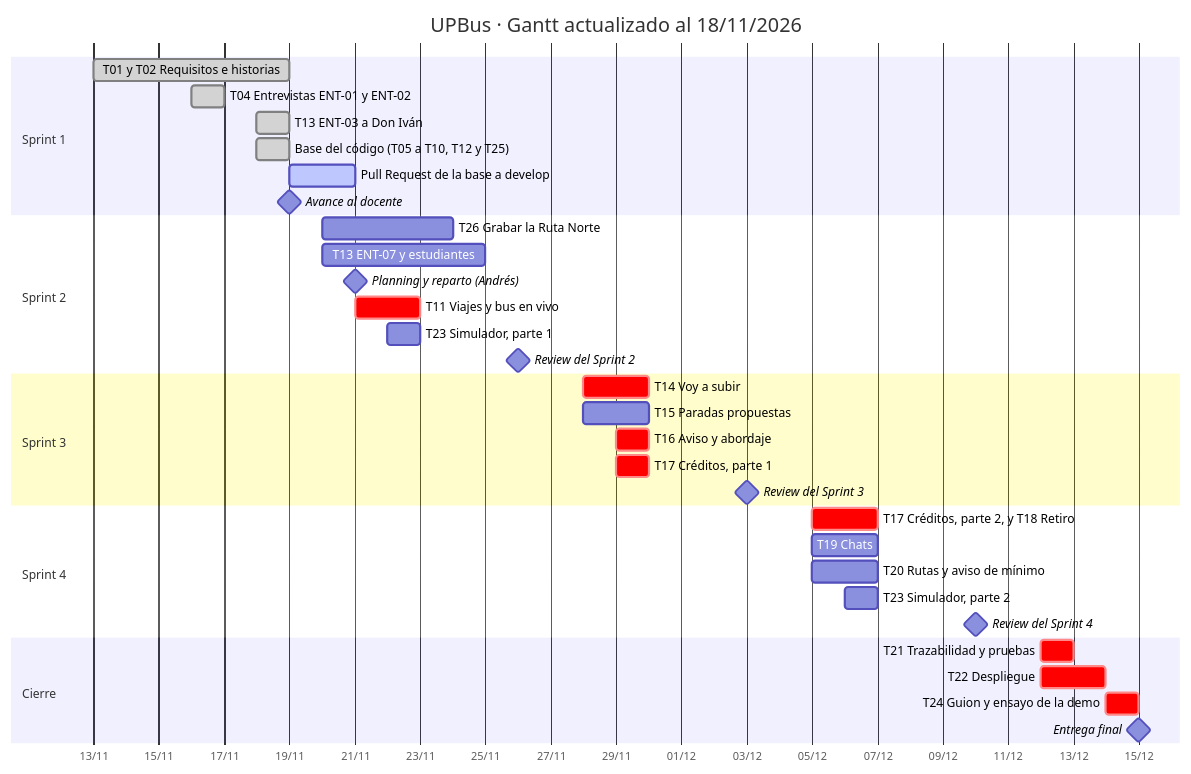
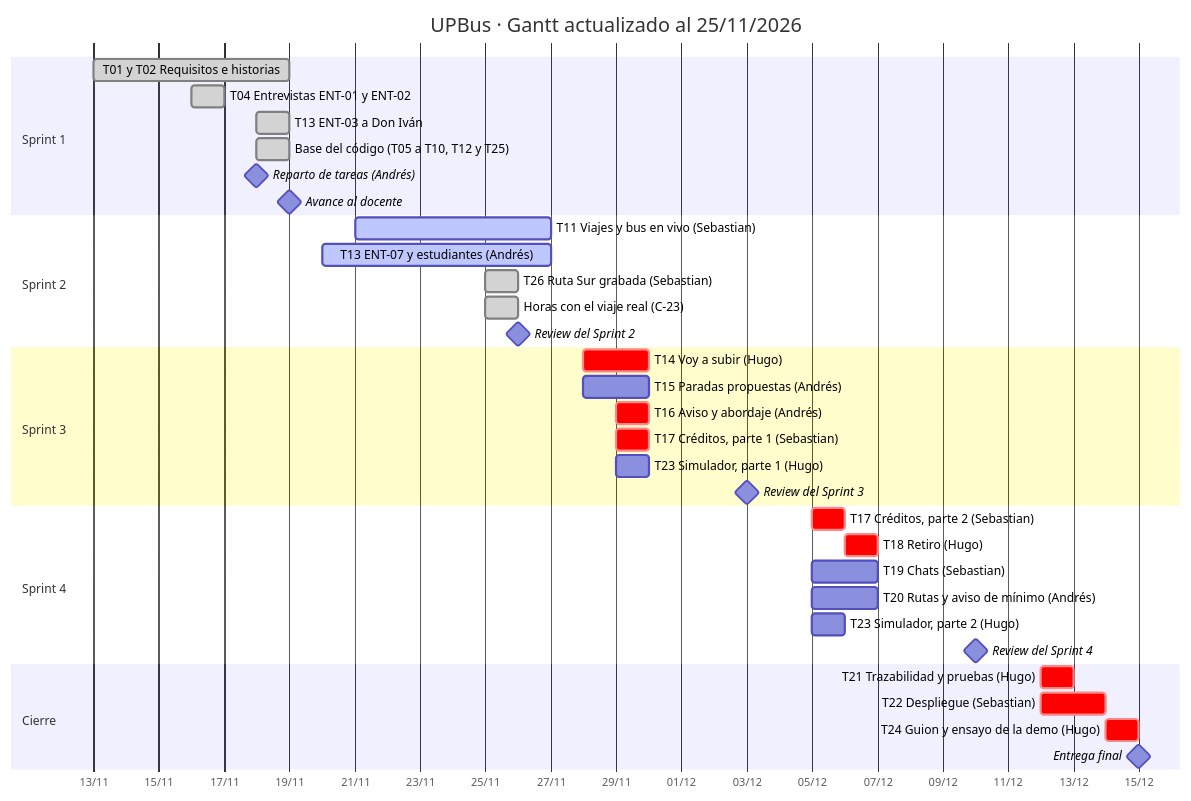
Before and after one commit to hugozuniga770/UPBus: the third of 3 diagrams in docs/sesion-08-09-plan.md, drawn with Mermaid. The commit also changed other lines of this file and 10 other files, not shown here.

First line of the commit message:
Docs: viaje REG-01 de la Ruta Sur, horas desde la salida programada y reparto del 18/11 (#1, #2, #5)

````diff
--- a/docs/sesion-08-09-plan.md
+++ b/docs/sesion-08-09-plan.md
@@ -211,38 +213,39 @@
 ```mermaid
 gantt
-    title UPBus · Gantt actualizado al 18/11/2026
+    title UPBus · Gantt actualizado al 25/11/2026
     dateFormat YYYY-MM-DD
     axisFormat %d/%m
     todayMarker off
     section Sprint 1
     T01 y T02 Requisitos e historias        :done, t0102, 2026-11-13, 6d
     T04 Entrevistas ENT-01 y ENT-02         :done, t04, 2026-11-16, 1d
     T13 ENT-03 a Don Iván                   :done, t13a, 2026-11-18, 1d
     Base del código (T05 a T10, T12 y T25)  :done, base, 2026-11-18, 1d
-    Pull Request de la base a develop       :active, pr, 2026-11-19, 2d
+    Reparto de tareas (Andrés)              :milestone, r1, 2026-11-18, 0d
     Avance al docente                       :milestone, m1, 2026-11-19, 0d
     section Sprint 2
-    T26 Grabar la Ruta Norte                :t26, 2026-11-20, 4d
-    T13 ENT-07 y estudiantes                :t13b, 2026-11-20, 5d
-    Planning y reparto (Andrés)             :milestone, p2, 2026-11-21, 0d
-    T11 Viajes y bus en vivo                :crit, t11, 2026-11-21, 2d
-    T23 Simulador, parte 1                  :t23a, 2026-11-22, 1d
+    T11 Viajes y bus en vivo (Sebastian)    :active, t11, 2026-11-21, 6d
+    T13 ENT-07 y estudiantes (Andrés)       :active, t13b, 2026-11-20, 7d
+    T26 Ruta Sur grabada (Sebastian)        :done, t26, 2026-11-25, 1d
+    Horas con el viaje real (C-23)          :done, c23, 2026-11-25, 1d
     Review del Sprint 2                     :milestone, m2, 2026-11-26, 0d
     section Sprint 3
-    T14 Voy a subir                         :crit, t14, 2026-11-28, 2d
-    T15 Paradas propuestas                  :t15, 2026-11-28, 2d
-    T16 Aviso y abordaje                    :crit, t16, 2026-11-29, 1d
-    T17 Créditos, parte 1                   :crit, t17a, 2026-11-29, 1d
+    T14 Voy a subir (Hugo)                  :crit, t14, 2026-11-28, 2d
+    T15 Paradas propuestas (Andrés)         :t15, 2026-11-28, 2d
+    T16 Aviso y abordaje (Andrés)           :crit, t16, 2026-11-29, 1d
+    T17 Créditos, parte 1 (Sebastian)       :crit, t17a, 2026-11-29, 1d
+    T23 Simulador, parte 1 (Hugo)           :t23a, 2026-11-29, 1d
     Review del Sprint 3                     :milestone, m3, 2026-12-03, 0d
     section Sprint 4
-    T17 Créditos, parte 2, y T18 Retiro     :crit, t17b, 2026-12-05, 2d
-    T19 Chats                               :t19, 2026-12-05, 2d
-    T20 Rutas y aviso de mínimo             :t20, 2026-12-05, 2d
-    T23 Simulador, parte 2                  :t23b, 2026-12-06, 1d
+    T17 Créditos, parte 2 (Sebastian)       :crit, t17b, 2026-12-05, 1d
+    T18 Retiro (Hugo)                       :crit, t18, 2026-12-06, 1d
+    T19 Chats (Sebastian)                   :t19, 2026-12-05, 2d
+    T20 Rutas y aviso de mínimo (Andrés)    :t20, 2026-12-05, 2d
+    T23 Simulador, parte 2 (Hugo)           :t23b, 2026-12-05, 1d
     Review del Sprint 4                     :milestone, m4, 2026-12-10, 0d
     section Cierre
-    T21 Trazabilidad y pruebas              :crit, t21, 2026-12-12, 1d
-    T22 Despliegue                          :crit, t22, 2026-12-12, 2d
-    T24 Guion y ensayo de la demo           :crit, t24, 2026-12-14, 1d
+    T21 Trazabilidad y pruebas (Hugo)       :crit, t21, 2026-12-12, 1d
+    T22 Despliegue (Sebastian)              :crit, t22, 2026-12-12, 2d
+    T24 Guion y ensayo de la demo (Hugo)    :crit, t24, 2026-12-14, 1d
     Entrega final                           :milestone, m5, 2026-12-15, 0d
 ```
````
